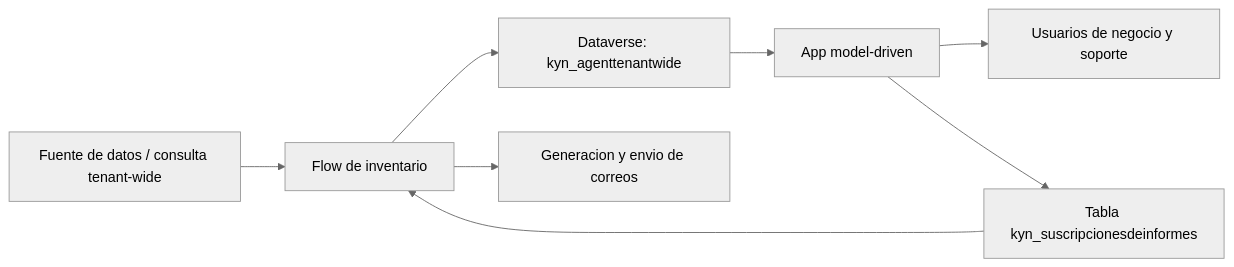
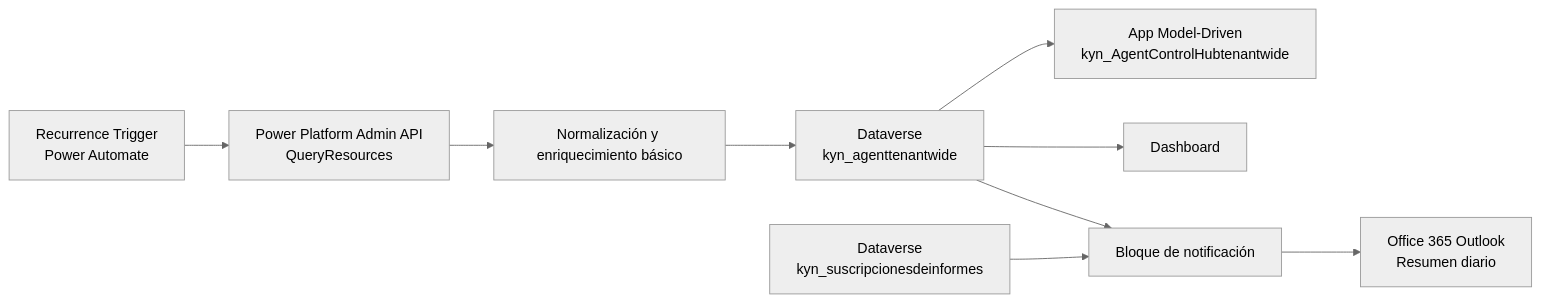
One commit to kemador1/Agent-Inventory-Tenant-wide changed the first of 2 diagrams in docs/02_arquitectura_funcional_y_tecnica.md. Above: the diagram before and after it, drawn with Mermaid (neutral theme). The commit also changed other lines of this file and 40 other files, not shown here.

````diff
--- a/docs/02_arquitectura_funcional_y_tecnica.md
+++ b/docs/02_arquitectura_funcional_y_tecnica.md
@@ -14,10 +7,11 @@
 ```mermaid
 flowchart LR
-    A["Fuente de datos / consulta tenant-wide"] --> B["Flow de inventario"]
-    B --> C["Dataverse: kyn_agenttenantwide"]
-    C --> D["App model-driven"]
-    D --> E["Usuarios de negocio y soporte"]
-    D --> F["Tabla kyn_suscripcionesdeinformes"]
-    F --> B
-    B --> G["Generacion y envio de correos"]
+    A["Recurrence Trigger<br/>Power Automate"] --> B["Power Platform Admin API<br/>QueryResources"]
+    B --> C["Normalización y enriquecimiento básico"]
+    C --> D["Dataverse<br/>kyn_agenttenantwide"]
+    D --> E["App Model-Driven<br/>kyn_AgentControlHubtenantwide"]
+    D --> F["Dashboard"]
+    G["Dataverse<br/>kyn_suscripcionesdeinformes"] --> H["Bloque de notificación"]
+    D --> H
+    H --> I["Office 365 Outlook<br/>Resumen diario"]
 ```
````
